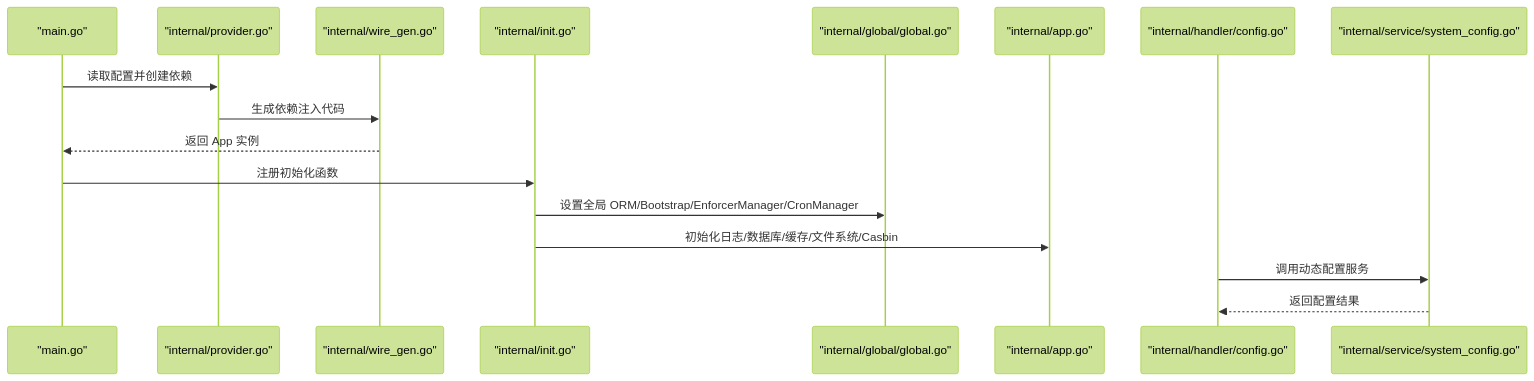
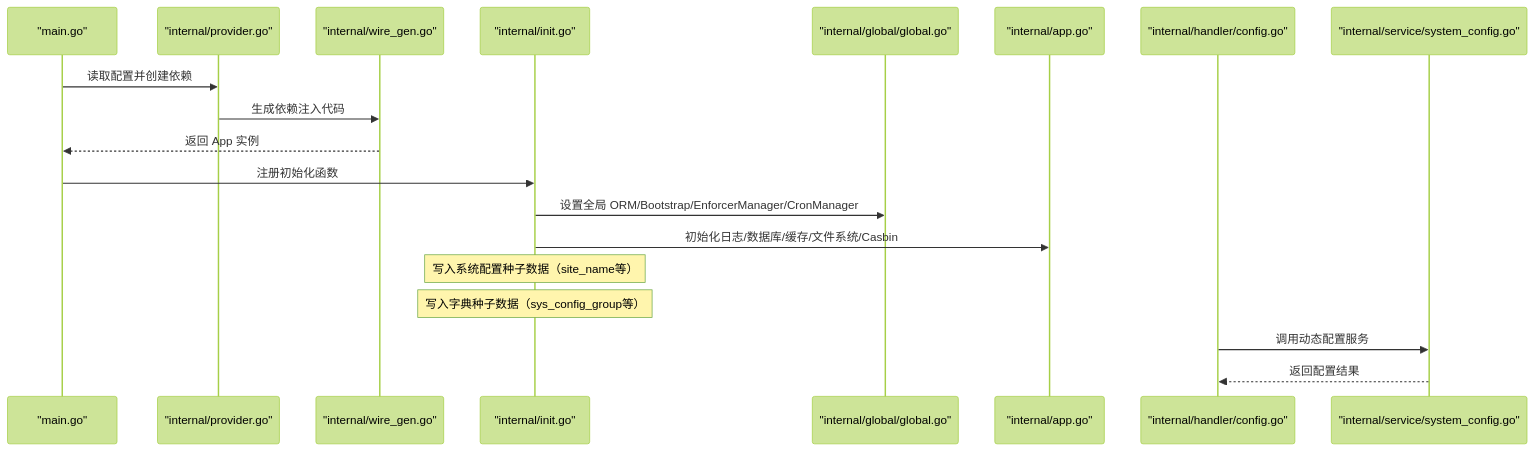
Before and after one commit to wuwuseo/e-sports-go-admin: the second of 4 diagrams in .qoder/repowiki/zh/content/配置管理/配置管理.md, drawn with Mermaid (forest theme). The commit also changed other lines of this file and 42 other files, not shown here.

````diff
--- a/.qoder/repowiki/zh/content/配置管理/配置管理.md
+++ b/.qoder/repowiki/zh/content/配置管理/配置管理.md
@@ -102,19 +115,21 @@
 ```mermaid
 sequenceDiagram
 participant Entry as "main.go"
 participant Provider as "internal/provider.go"
 participant Wire as "internal/wire_gen.go"
 participant Init as "internal/init.go"
 participant Global as "internal/global/global.go"
 participant App as "internal/app.go"
 participant Handler as "internal/handler/config.go"
 participant Service as "internal/service/system_config.go"
 Entry->>Provider : 读取配置并创建依赖
 Provider->>Wire : 生成依赖注入代码
 Wire-->>Entry : 返回 App 实例
 Entry->>Init : 注册初始化函数
 Init->>Global : 设置全局 ORM/Bootstrap/EnforcerManager/CronManager
 Init->>App : 初始化日志/数据库/缓存/文件系统/Casbin
+Note over Init: 写入系统配置种子数据（site_name等）
+Note over Init: 写入字典种子数据（sys_config_group等）
 Handler->>Service : 调用动态配置服务
 Service-->>Handler : 返回配置结果
 ```
````
